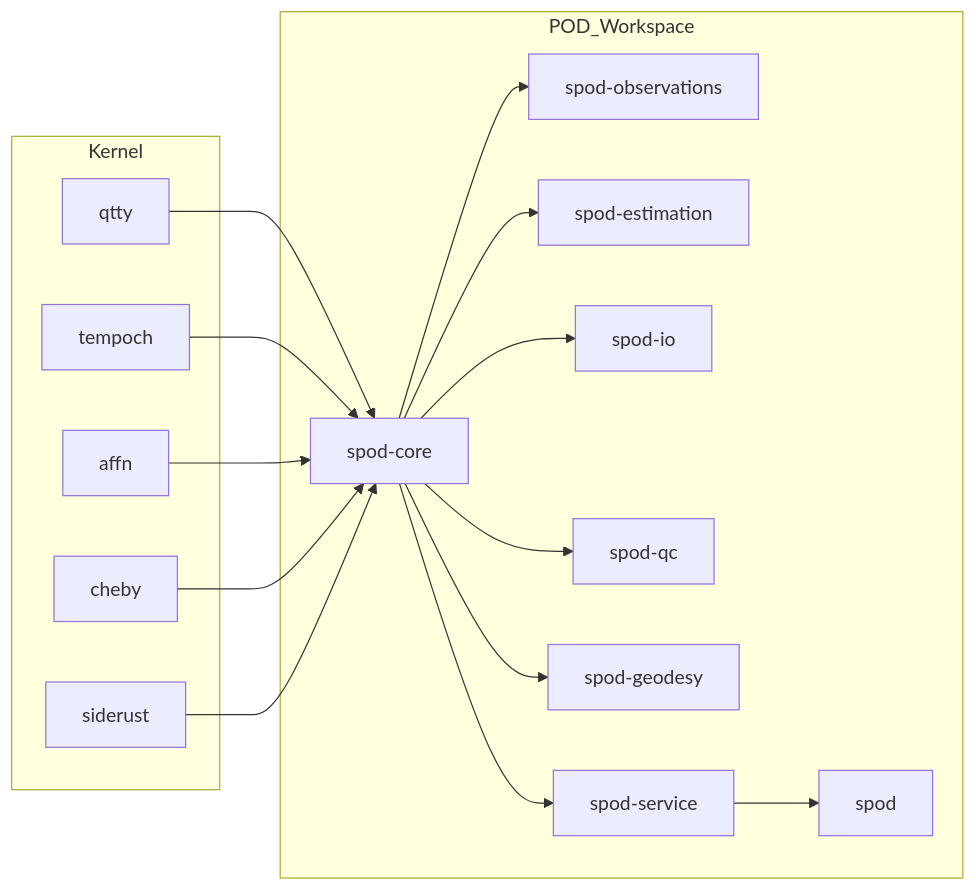
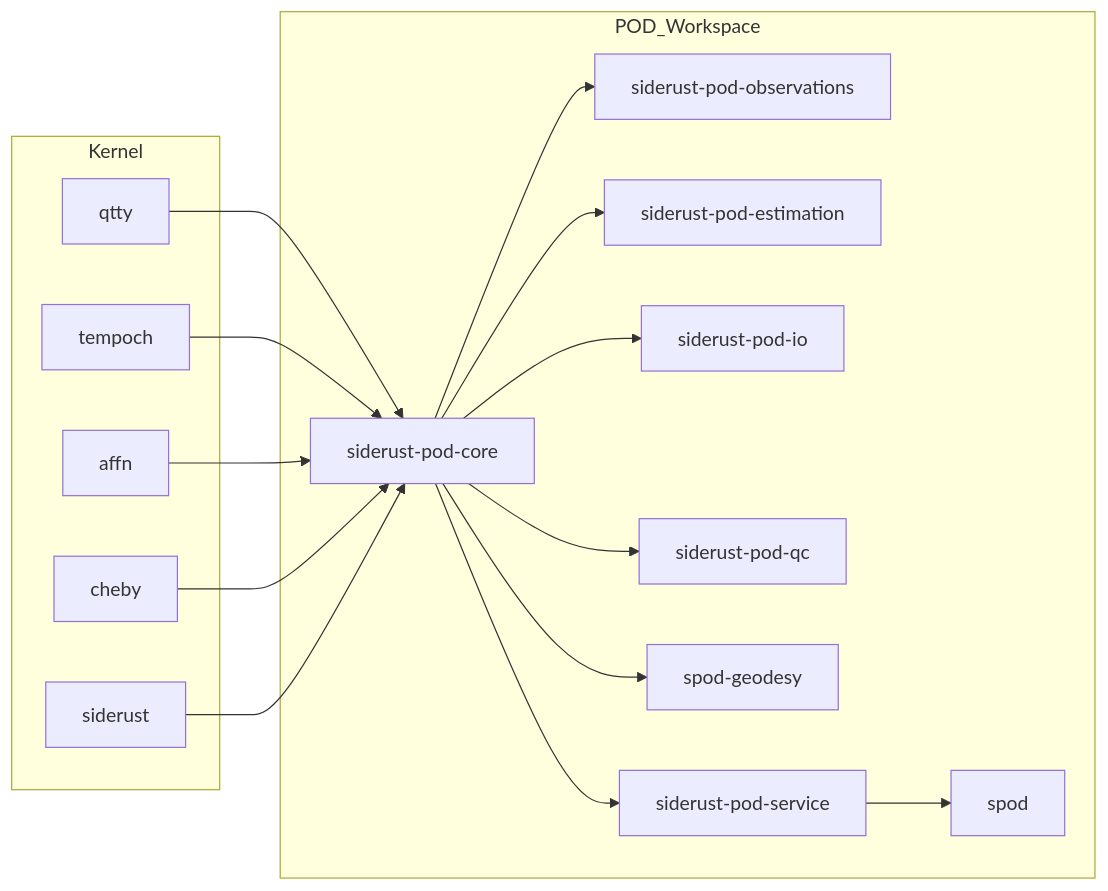
One commit to VPRamon/spod changed the third of 3 diagrams in docs/design/research-requirements-tests-cases.md. Above: the diagram before and after it, drawn with Mermaid. The commit also changed other lines of this file and 46 other files, not shown here.

First line of the commit message:
ci: harden spod service validation

````diff
--- a/docs/design/research-requirements-tests-cases.md
+++ b/docs/design/research-requirements-tests-cases.md
@@ -148,35 +148,35 @@
 ```mermaid
 flowchart LR
     subgraph Kernel
         Q[qtty]
         T[tempoch]
         A[affn]
         C[cheby]
         S[siderust]
     end
 
     subgraph POD_Workspace
-        CORE[spod-core]
-        OBS[spod-observations]
-        EST[spod-estimation]
-        IO[spod-io]
-        QC[spod-qc]
+        CORE[siderust-pod-core]
+        OBS[siderust-pod-observations]
+        EST[siderust-pod-estimation]
+        IO[siderust-pod-io]
+        QC[siderust-pod-qc]
         GEO[spod-geodesy]
-        SVC[spod-service]
+        SVC[siderust-pod-service]
         CLI[spod]
     end
 
     Q --> CORE
     T --> CORE
     A --> CORE
     C --> CORE
     S --> CORE
 
     CORE --> OBS
     CORE --> EST
     CORE --> IO
     CORE --> QC
     CORE --> GEO
     CORE --> SVC
     SVC --> CLI
 ```
````
